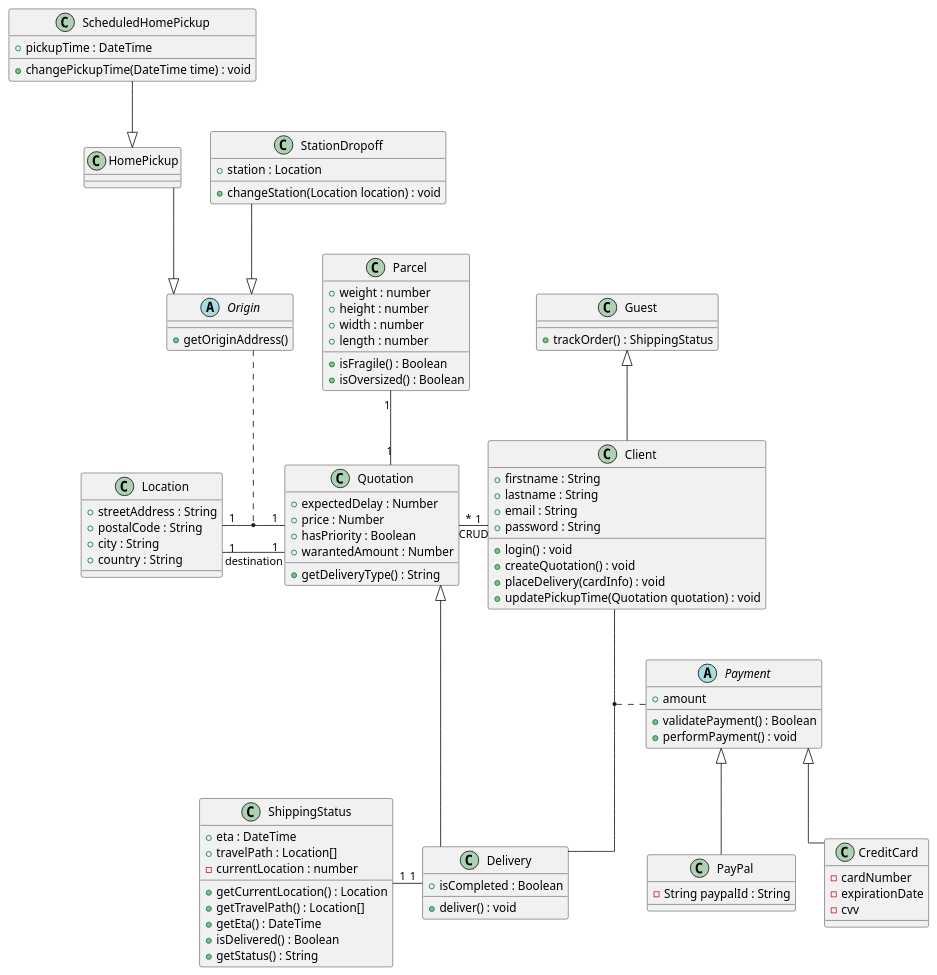
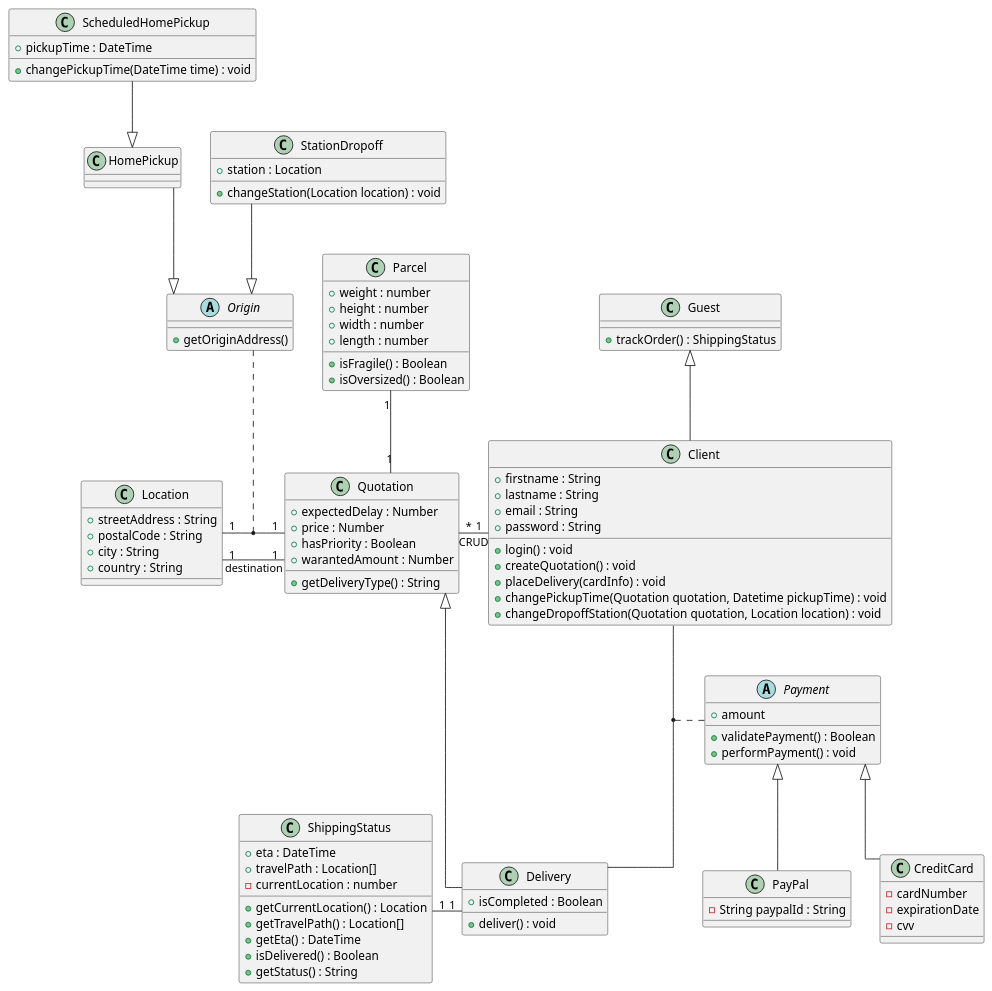
One commit to FrancoDominguez/SOEN343-CPS changed the diagram in documentation/classDiagram.puml. Above: the diagram before and after it, drawn with PlantUML. The commit also changed 1 other file, not shown here.

```diff
--- a/documentation/classDiagram.puml
+++ b/documentation/classDiagram.puml
@@ -1,106 +1,107 @@
 @startuml classDiagram
 skinparam linetype ortho
 
 class Guest {
   + trackOrder() : ShippingStatus
 }
 
 class Client {
   + firstname : String
   + lastname : String
   + email : String
   + password : String
   + login() : void
   + createQuotation() : void
   + placeDelivery(cardInfo) : void
-  + updatePickupTime(Quotation quotation) : void
+  + changePickupTime(Quotation quotation, Datetime pickupTime) : void
+  + changeDropoffStation(Quotation quotation, Location location) : void
 }
 
 abstract class Payment {
   + amount
   + validatePayment() : Boolean
   + performPayment() : void
 }
 
 class PayPal extends Payment {
   - String paypalId : String
 }
 
 class CreditCard extends Payment{
   - cardNumber
   - expirationDate
   - cvv
 }
 
 class Location {
   + streetAddress : String
   + postalCode : String
   + city : String
   + country : String
 }
 
 abstract class Origin {
   + getOriginAddress()
 }
 
 class HomePickup{}
 class ScheduledHomePickup{
   + pickupTime : DateTime
   + changePickupTime(DateTime time) : void
 }
 
 class StationDropoff{
   + station : Location
   + changeStation(Location location) : void
 }
 
 class Quotation {
   + expectedDelay : Number
   + price : Number
   + hasPriority : Boolean
   + warantedAmount : Number
   + getDeliveryType() : String
 }
 
 class Delivery {
   + isCompleted : Boolean
   + deliver() : void
 }
 
 class ShippingStatus {
   + eta : DateTime
   + travelPath : Location[]
   - currentLocation : number
   + getCurrentLocation() : Location
   + getTravelPath() : Location[]
   + getEta() : DateTime
   + isDelivered() : Boolean
   + getStatus() : String
 }
 
 
 class Parcel {
   + weight : number
   + height : number
   + width : number
   + length : number
   + isFragile() : Boolean
   + isOversized() : Boolean
 }
 
 Guest <|-- Client
 Quotation <|-- Delivery
 StationDropoff --|> Origin
 HomePickup --|> Origin
 ScheduledHomePickup --|> HomePickup
 
 Client "1" -left- "*" Quotation : CRUD
 Parcel "1" -- "1" Quotation
 Location "1" - "1" Quotation : destination
 Location "1" - "1" Quotation
 (Client, Delivery) .. Payment
 Origin .. (Quotation, Location)
 Delivery "1" -left- "1" ShippingStatus
 
 
 @enduml
```
